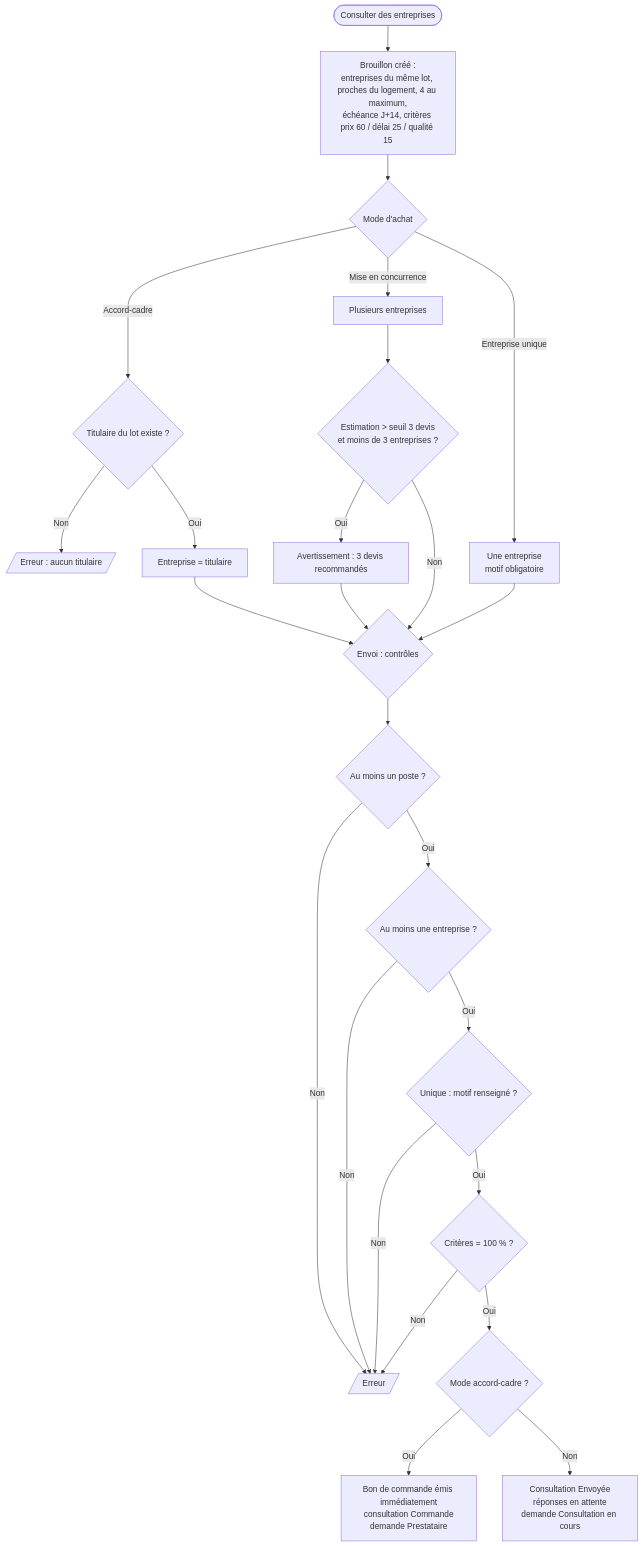
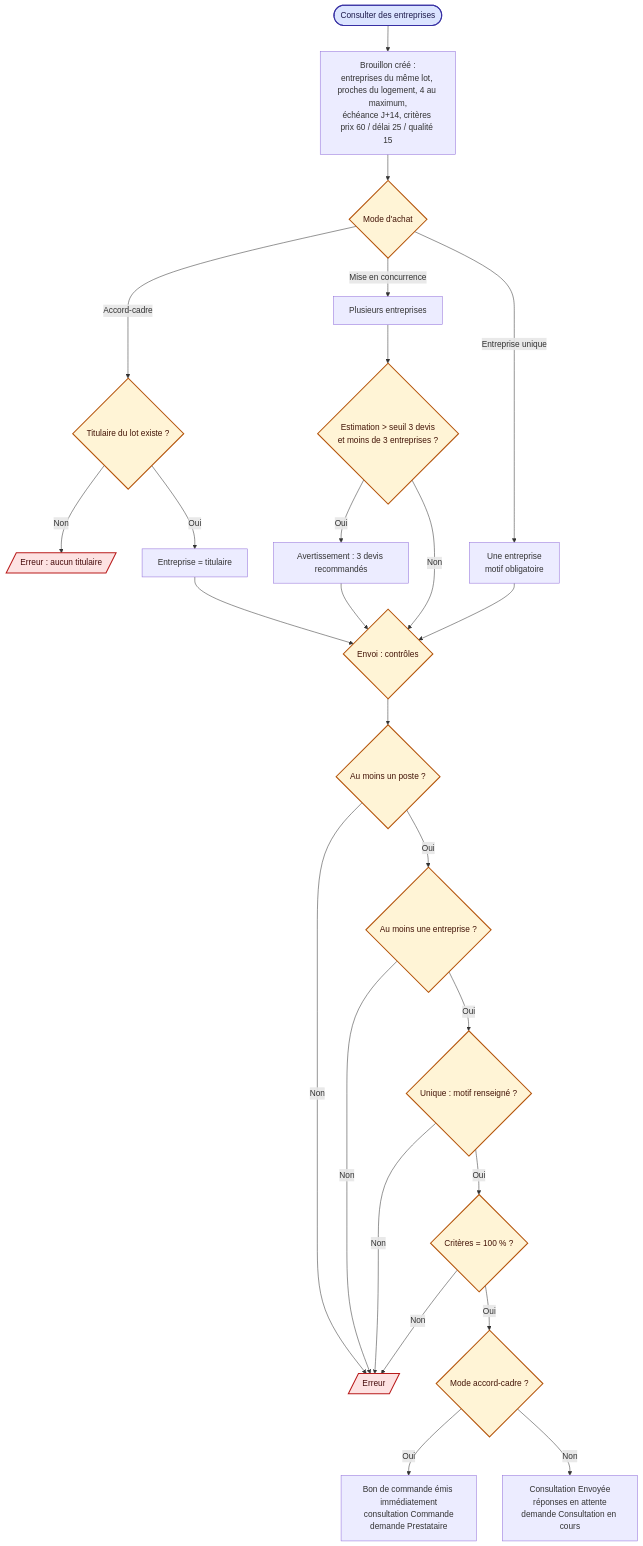
One commit to Mogot77/Application_Gestion_Travaux changed the first of 5 diagrams in docs/organigrammes/06-consultation-devis.md. Above: the diagram before and after it, drawn with Mermaid. The commit also changed other lines of this file and 32 other files, not shown here.

Commit message:
docs: rework flowcharts for readability (colors, larger text, split long diagrams, recent rules)

````diff
--- a/docs/organigrammes/06-consultation-devis.md
+++ b/docs/organigrammes/06-consultation-devis.md
@@ -7,27 +7,35 @@
 ```mermaid
 flowchart TD
     A([Consulter des entreprises]) --> B[Brouillon créé :<br/>entreprises du même lot, proches du logement, 4 au maximum,<br/>échéance J+14, critères prix 60 / délai 25 / qualité 15]
     B --> C{Mode d'achat}
     C -- "Accord-cadre" --> C1{Titulaire du lot existe ?}
     C1 -- Non --> C2[/Erreur : aucun titulaire/]
     C1 -- Oui --> C3[Entreprise = titulaire]
     C -- "Mise en concurrence" --> C4[Plusieurs entreprises]
     C -- "Entreprise unique" --> C5[Une entreprise<br/>motif obligatoire]
     C4 --> W{Estimation > seuil 3 devis<br/>et moins de 3 entreprises ?}
     W -- Oui --> W1[Avertissement : 3 devis recommandés]
     W -- Non --> V
     W1 --> V
     C3 --> V
     C5 --> V{Envoi : contrôles}
     V --> V1{Au moins un poste ?}
     V1 -- Non --> X[/Erreur/]
     V1 -- Oui --> V2{Au moins une entreprise ?}
     V2 -- Non --> X
     V2 -- Oui --> V3{Unique : motif renseigné ?}
     V3 -- Non --> X
     V3 -- Oui --> V4{Critères = 100 % ?}
     V4 -- Non --> X
     V4 -- Oui --> Z{Mode accord-cadre ?}
     Z -- Oui --> Z1[Bon de commande émis immédiatement<br/>consultation Commande<br/>demande Prestataire]
     Z -- Non --> Z2[Consultation Envoyée<br/>réponses en attente<br/>demande Consultation en cours]
+    %% styles communs
+    classDef dec fill:#fff4d6,stroke:#b45309,stroke-width:2px,color:#431407
+    classDef term fill:#dbe4ff,stroke:#3730a3,stroke-width:2px,color:#1e1b4b
+    classDef err fill:#fde2e2,stroke:#b91c1c,stroke-width:2px,color:#450a0a
+    classDef ok fill:#dcfce7,stroke:#15803d,stroke-width:2px,color:#052e16
+    class C,C1,W,V,V1,V2,V3,V4,Z dec
+    class A term
+    class C2,X err
 ```
````
